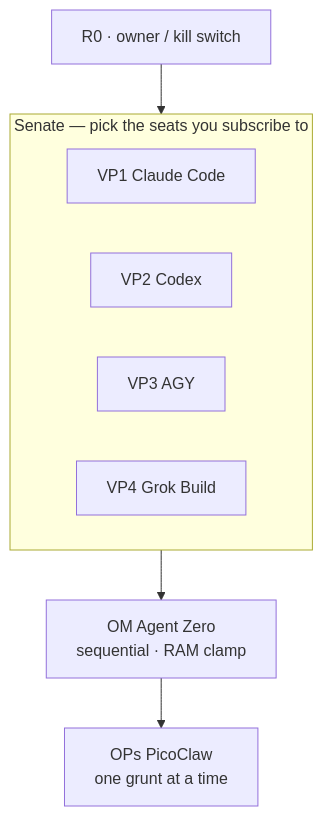
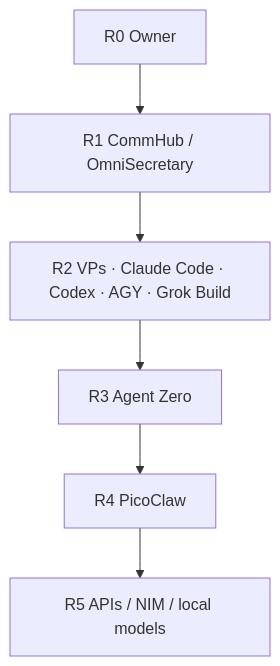
Before and after one commit to CjPetersonIX/brainframe-lite: the diagram in README.md, drawn with Mermaid. The commit also changed other lines of this file and 1 other file, not shown here.

````diff
--- a/README.md
+++ b/README.md
@@ -22,14 +20,8 @@
 ```mermaid
 flowchart TB
-  R0["R0 · owner / kill switch"]
-  subgraph senate["Senate — pick the seats you subscribe to"]
-    VP1["VP1 Claude Code"]
-    VP2["VP2 Codex"]
-    VP3["VP3 AGY"]
-    VP4["VP4 Grok Build"]
-  end
-  OM["OM Agent Zero\nsequential · RAM clamp"]
-  OPS["OPs PicoClaw\none grunt at a time"]
-  R0 --> senate
-  senate --> OM --> OPS
+  R0["R0 Owner"] --> R1["R1 CommHub / OmniSecretary"]
+  R1 --> R2["R2 VPs · Claude Code · Codex · AGY · Grok Build"]
+  R2 --> R3["R3 Agent Zero"]
+  R3 --> R4["R4 PicoClaw"]
+  R4 --> R5["R5 APIs / NIM / local models"]
 ```
````
